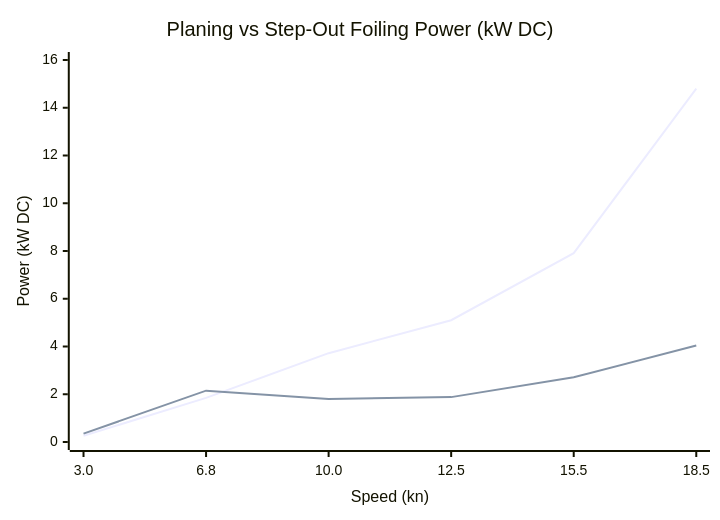
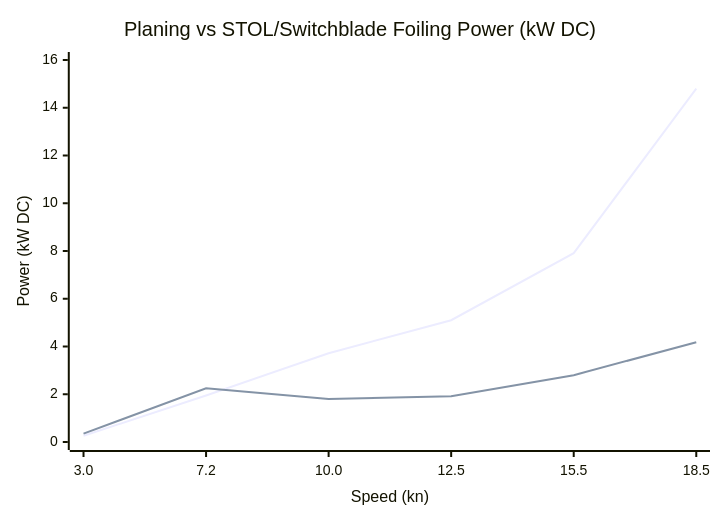
One commit to boats-boats-boats/foil-skiff changed the second of 2 diagrams in README.md. Above: the diagram before and after it, drawn with Mermaid. The commit also changed other lines of this file and 31 other files, not shown here.

````diff
--- a/README.md
+++ b/README.md
@@ -40,8 +41,8 @@
 ```mermaid
 xychart-beta
-    title "Planing vs Step-Out Foiling Power (kW DC)"
-    x-axis "Speed (kn)" [3.0, 6.8, 10.0, 12.5, 15.5, 18.5]
+    title "Planing vs STOL/Switchblade Foiling Power (kW DC)"
+    x-axis "Speed (kn)" [3.0, 7.2, 10.0, 12.5, 15.5, 18.5]
     y-axis "Power (kW DC)" 0 --> 16
-    line [0.26, 1.85, 3.72, 5.10, 7.91, 14.80]
-    line [0.35, 2.15, 1.80, 1.88, 2.71, 4.04]
+    line [0.26, 1.95, 3.72, 5.10, 7.91, 14.80]
+    line [0.35, 2.25, 1.80, 1.92, 2.80, 4.18]
 ```
````
